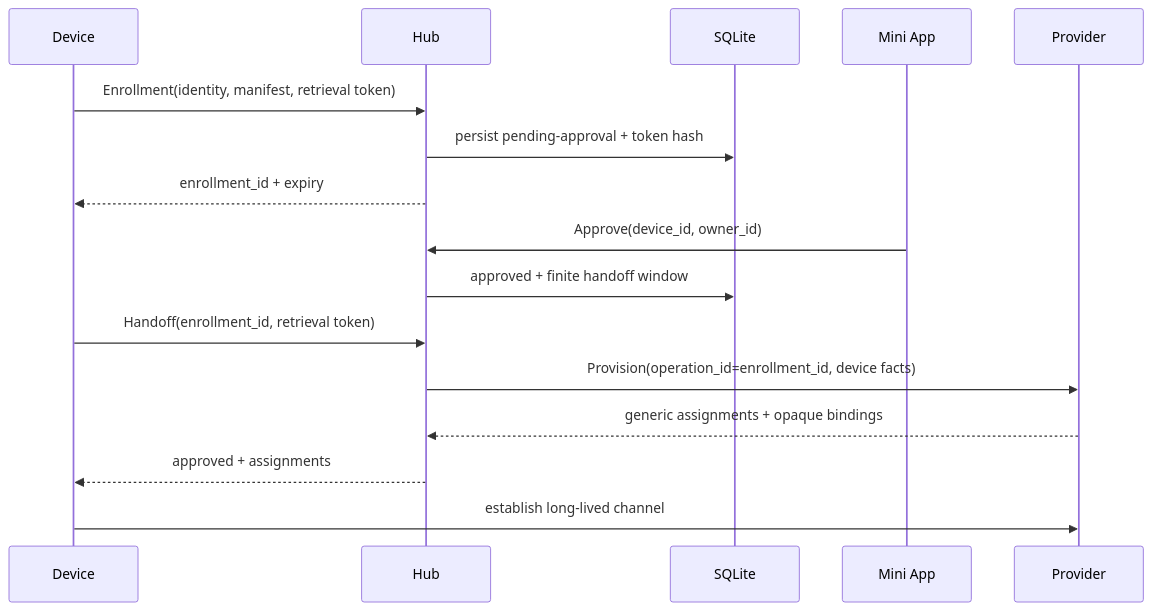
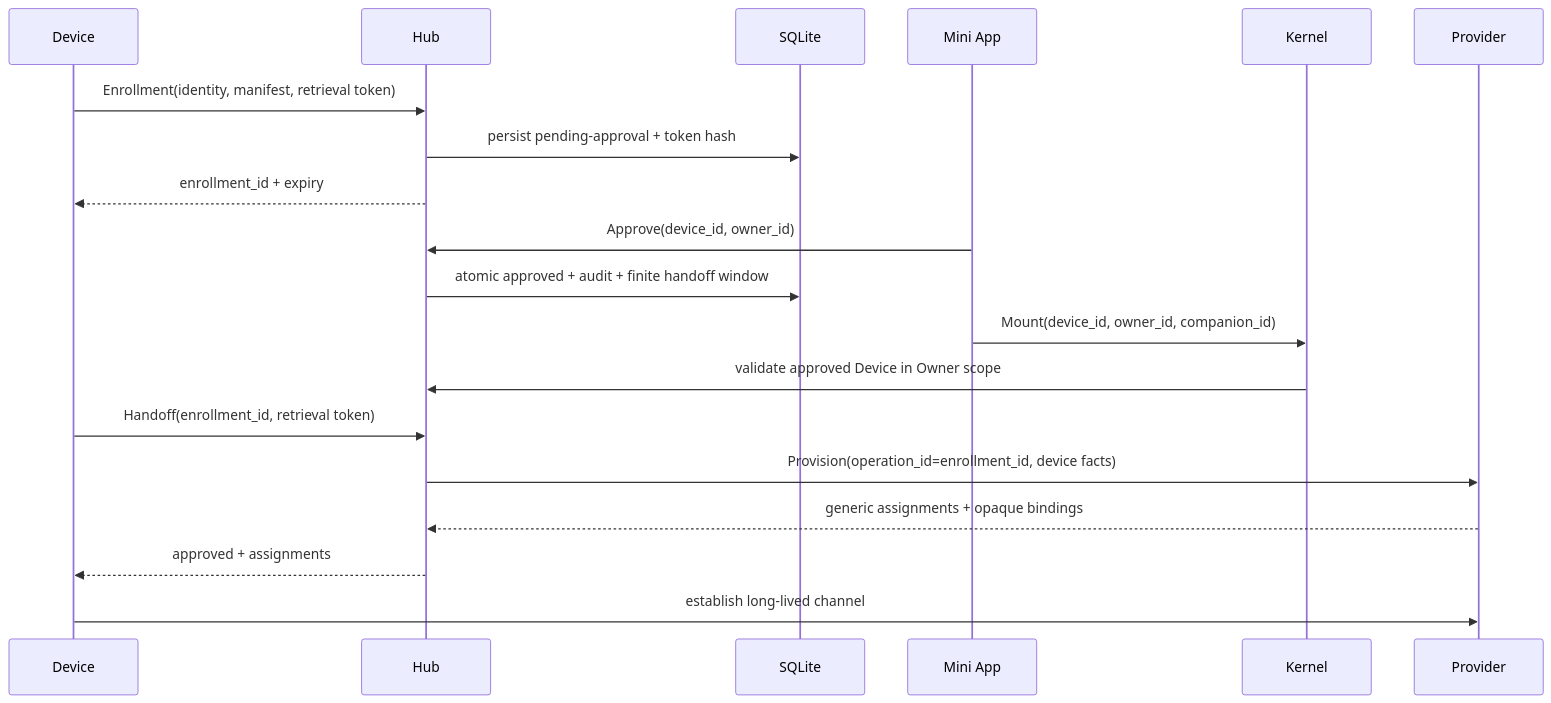
Before and after one commit to eidolon-os/eidolon_hub: the second of 2 diagrams in docs/architecture/hub-three-plane.md, drawn with Mermaid. The commit also changed other lines of this file and 45 other files, not shown here.

````diff
--- a/docs/architecture/hub-three-plane.md
+++ b/docs/architecture/hub-three-plane.md
@@ -37,19 +41,22 @@
 ```mermaid
 sequenceDiagram
     participant D as Device
     participant H as Hub
     participant DB as SQLite
     participant A as Mini App
+    participant K as Kernel
     participant P as Provider
 
     D->>H: Enrollment(identity, manifest, retrieval token)
     H->>DB: persist pending-approval + token hash
     H-->>D: enrollment_id + expiry
     A->>H: Approve(device_id, owner_id)
-    H->>DB: approved + finite handoff window
+    H->>DB: atomic approved + audit + finite handoff window
+    A->>K: Mount(device_id, owner_id, companion_id)
+    K->>H: validate approved Device in Owner scope
     D->>H: Handoff(enrollment_id, retrieval token)
     H->>P: Provision(operation_id=enrollment_id, device facts)
     P-->>H: generic assignments + opaque bindings
     H-->>D: approved + assignments
     D->>P: establish long-lived channel
 ```
````
